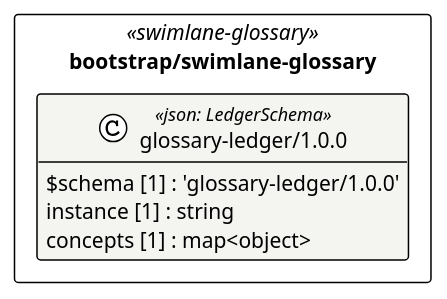
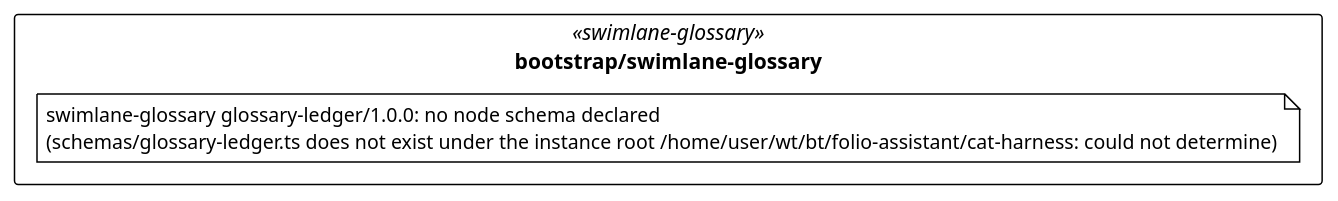
The diagram in cat-harness/uml/overview/bootstrap/swimlane-glossary.puml (litlfred/folio-assistant), drawn with PlantUML before and after one commit. The commit also changed 210 other files, not shown here.

```diff
--- a/cat-harness/uml/overview/bootstrap/swimlane-glossary.puml
+++ b/cat-harness/uml/overview/bootstrap/swimlane-glossary.puml
@@ -3,17 +3,13 @@
 @startuml bootstrap_swimlane_glossary
 !pragma layout elk
 !theme plain
 skinparam classAttributeIconSize 0
 skinparam shadowing false
 skinparam packageStyle rectangle
 hide empty methods
 
 package "bootstrap/swimlane-glossary" as pkg_bootstrap_swimlane_glossary <<swimlane-glossary>> {
-  class "glossary-ledger/1.0.0" as bootstrap_swimlane_glossary_glossary_ledger_1_0_0_glossary_ledger_1_0_0 <<json: LedgerSchema>> #f4f4f1 {
-    $schema [1] : 'glossary-ledger/1.0.0'
-    instance [1] : string
-    concepts [1] : map<object>
-  }
+  note "swimlane-glossary glossary-ledger/1.0.0: no node schema declared\n(schemas/glossary-ledger.ts does not exist under the instance root /home/user/wt/bt/folio-assistant/cat-harness: could not determine)" as n_bootstrap_swimlane_glossary_swimlane_glossary_glossary_ledger_1_0_0
 }
 
 @enduml
```
